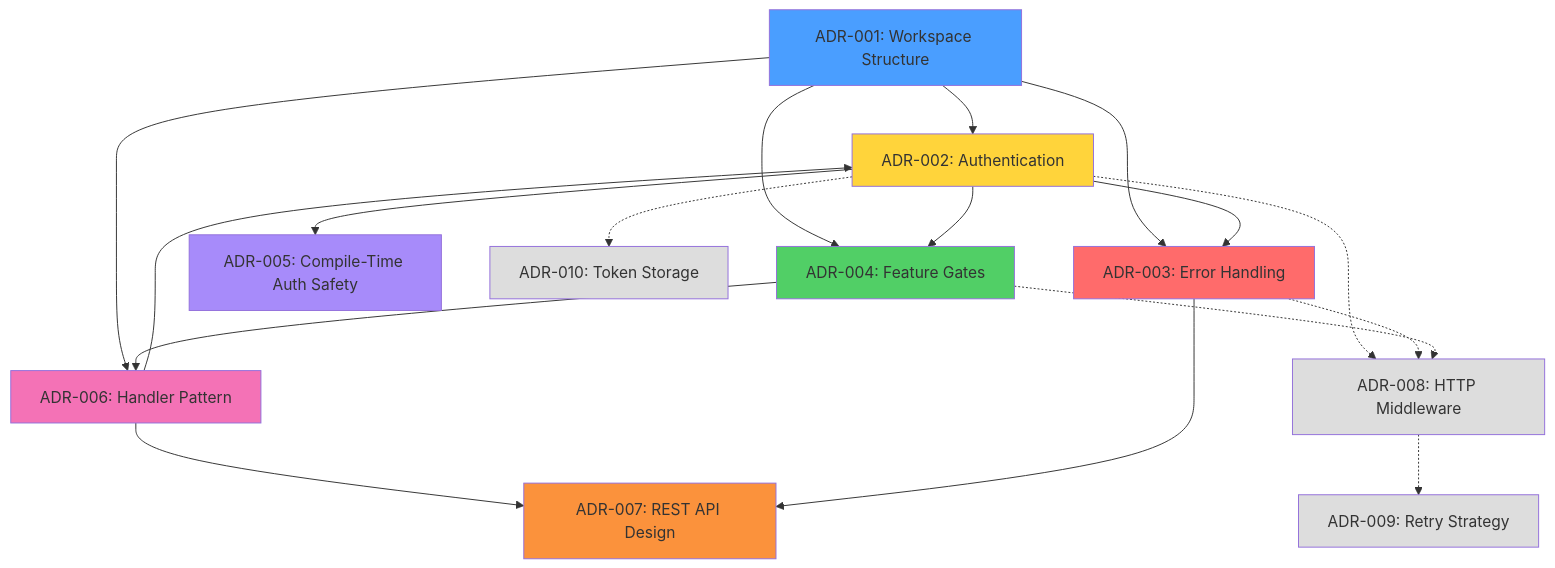
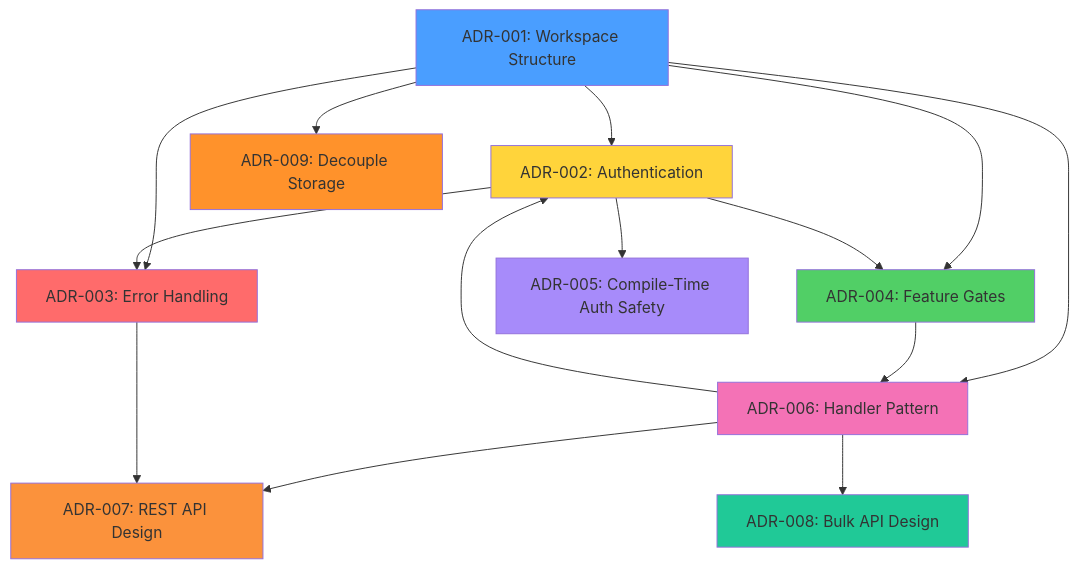
The diagram in docs/adr/README.md (madmax983/force-rs), drawn with Mermaid before and after one commit. The commit also changed other lines of this file and 2 other files, not shown here.

First line of the commit message:
Add ADR 009 and Architecture Diagrams

````diff
--- a/docs/adr/README.md
+++ b/docs/adr/README.md
@@ -74,34 +75,28 @@
 ```mermaid
 graph TD
     ADR001[ADR-001: Workspace Structure] --> ADR002[ADR-002: Authentication]
     ADR001 --> ADR003[ADR-003: Error Handling]
     ADR001 --> ADR004[ADR-004: Feature Gates]
     ADR001 --> ADR006[ADR-006: Handler Pattern]
+    ADR001 --> ADR009[ADR-009: Decouple Storage]
 
     ADR002 --> ADR003
     ADR002 --> ADR004
     ADR002 --> ADR005[ADR-005: Compile-Time Auth Safety]
 
     ADR004 --> ADR006
     ADR006 --> ADR002
     ADR006 --> ADR007[ADR-007: REST API Design]
+    ADR006 --> ADR008[ADR-008: Bulk API Design]
     ADR003 --> ADR007
-
-    ADR002 -.-> ADR008[ADR-008: HTTP Middleware]
-    ADR003 -.-> ADR008
-    ADR004 -.-> ADR008
-
-    ADR002 -.-> ADR010[ADR-010: Token Storage]
-    ADR008 -.-> ADR009[ADR-009: Retry Strategy]
 
     style ADR001 fill:#4a9eff
     style ADR002 fill:#ffd43b
     style ADR003 fill:#ff6b6b
     style ADR004 fill:#51cf66
     style ADR005 fill:#a78bfa
     style ADR006 fill:#f472b6
     style ADR007 fill:#fb923c
-    style ADR008 fill:#ddd
-    style ADR009 fill:#ddd
-    style ADR010 fill:#ddd
+    style ADR008 fill:#20c997
+    style ADR009 fill:#ff922b
 ```
````
